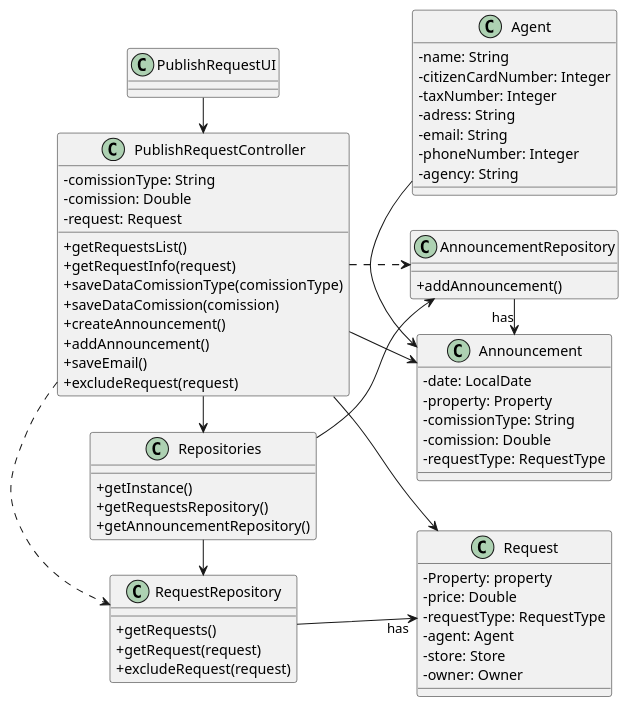
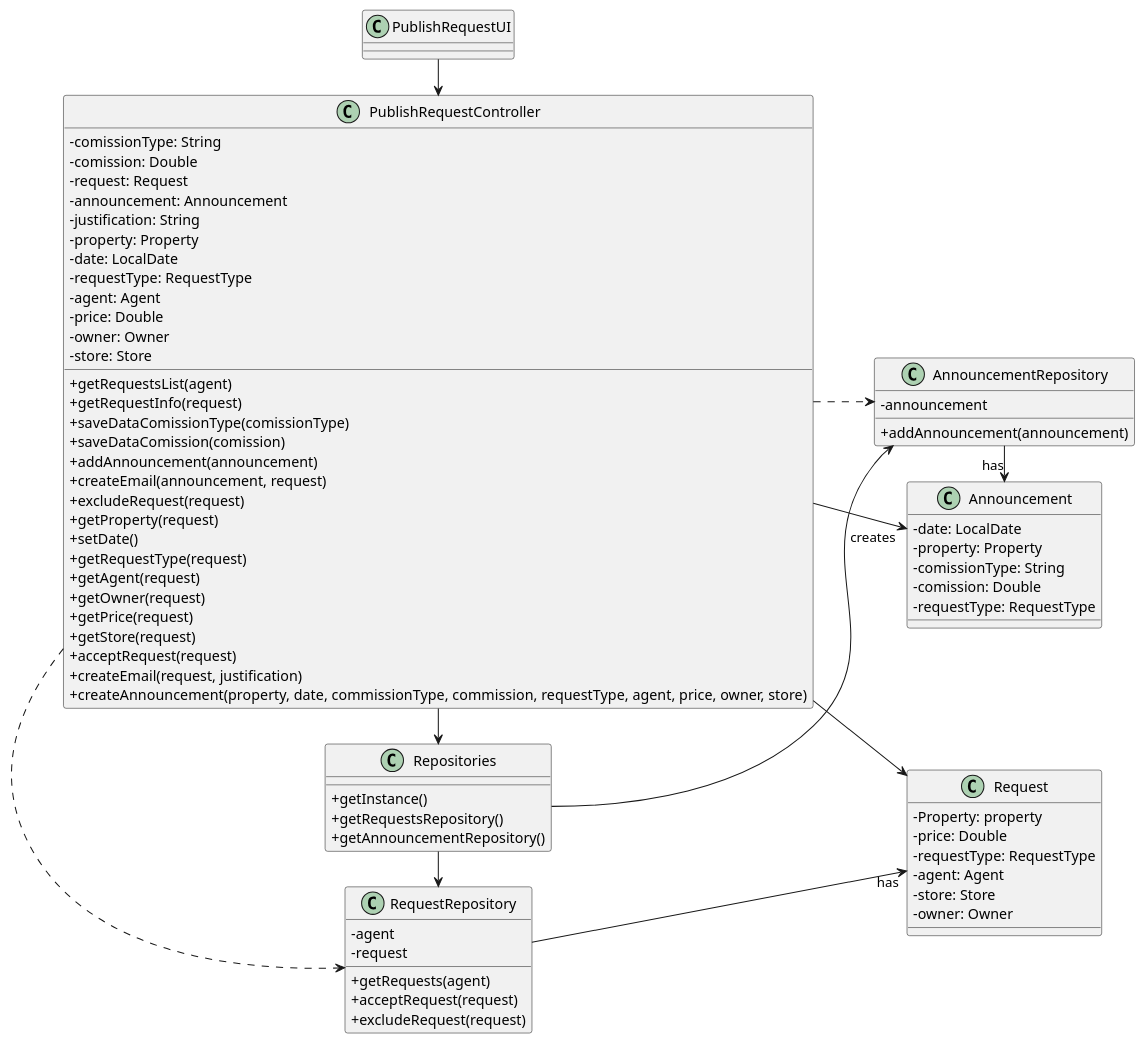
The diagram in docs/sprintD/us008/03.design/puml/us008-class-diagram.puml (1220812/LAPR2), drawn with PlantUML before and after one commit. The commit also changed 5 other files, not shown here.

```diff
--- a/docs/sprintD/us008/03.design/puml/us008-class-diagram.puml
+++ b/docs/sprintD/us008/03.design/puml/us008-class-diagram.puml
@@ -1,92 +1,102 @@
 @startuml
 'skinparam monochrome true
 skinparam packageStyle rectangle
 skinparam shadowing false
 skinparam linetype polyline
 skinparam linetype orto
 
 skinparam classAttributeIconSize 0
 
 left to right direction
 
 class PublishRequestUI
 
 class PublishRequestController
 {
     -comissionType: String
     -comission: Double
     -request: Request
-    +getRequestsList()
+    -announcement: Announcement
+    -justification: String
+    -property: Property
+    -date: LocalDate
+    -requestType: RequestType
+    -agent: Agent
+    -price: Double
+    -owner: Owner
+    -store: Store
+    +getRequestsList(agent)
     +getRequestInfo(request)
     +saveDataComissionType(comissionType)
     +saveDataComission(comission)
-    +createAnnouncement()
-    +addAnnouncement()
-    +saveEmail()
+    +addAnnouncement(announcement)
+    +createEmail(announcement, request)
     +excludeRequest(request)
+    +getProperty(request)
+    +setDate()
+    +getRequestType(request)
+    +getAgent(request)
+    +getOwner(request)
+    +getPrice(request)
+    +getStore(request)
+    +acceptRequest(request)
+    +createEmail(request, justification)
+    +createAnnouncement(property, date, commissionType, commission, requestType, agent, price, owner, store)
 }
 
 class Repositories
 {
     +getInstance()
     +getRequestsRepository()
     +getAnnouncementRepository()
 }
 
 class RequestRepository
 {
-    +getRequests()
-    +getRequest(request)
+    -agent
+    -request
+    +getRequests(agent)
+    +acceptRequest(request)
     +excludeRequest(request)
 }
 
 class AnnouncementRepository
 {
-    +addAnnouncement()
+    -announcement
+    +addAnnouncement(announcement)
 
 }
 
 class Announcement
 {
     -date: LocalDate
     -property: Property
     -comissionType: String
     -comission: Double
     -requestType: RequestType
 }
 
-class Agent
-{
-    -name: String
-    -citizenCardNumber: Integer
-    -taxNumber: Integer
-    -adress: String
-    -email: String
-    -phoneNumber: Integer
-    -agency: String
-}
 
 Class Request
 {
      -Property: property
      -price: Double
      -requestType: RequestType
      -agent: Agent
      -store: Store
      -owner: Owner
 }
 
 PublishRequestUI -> PublishRequestController
 PublishRequestController -> Repositories
 Repositories -> AnnouncementRepository
 Repositories -> RequestRepository
-Agent -> Announcement
 AnnouncementRepository -> "has" Announcement
 RequestRepository --> "has" Request
-PublishRequestController --> Announcement
+PublishRequestController --> "creates "Announcement
 PublishRequestController ..> AnnouncementRepository
 PublishRequestController .> RequestRepository
 PublishRequestController --> Request
 
 
 @enduml
```
